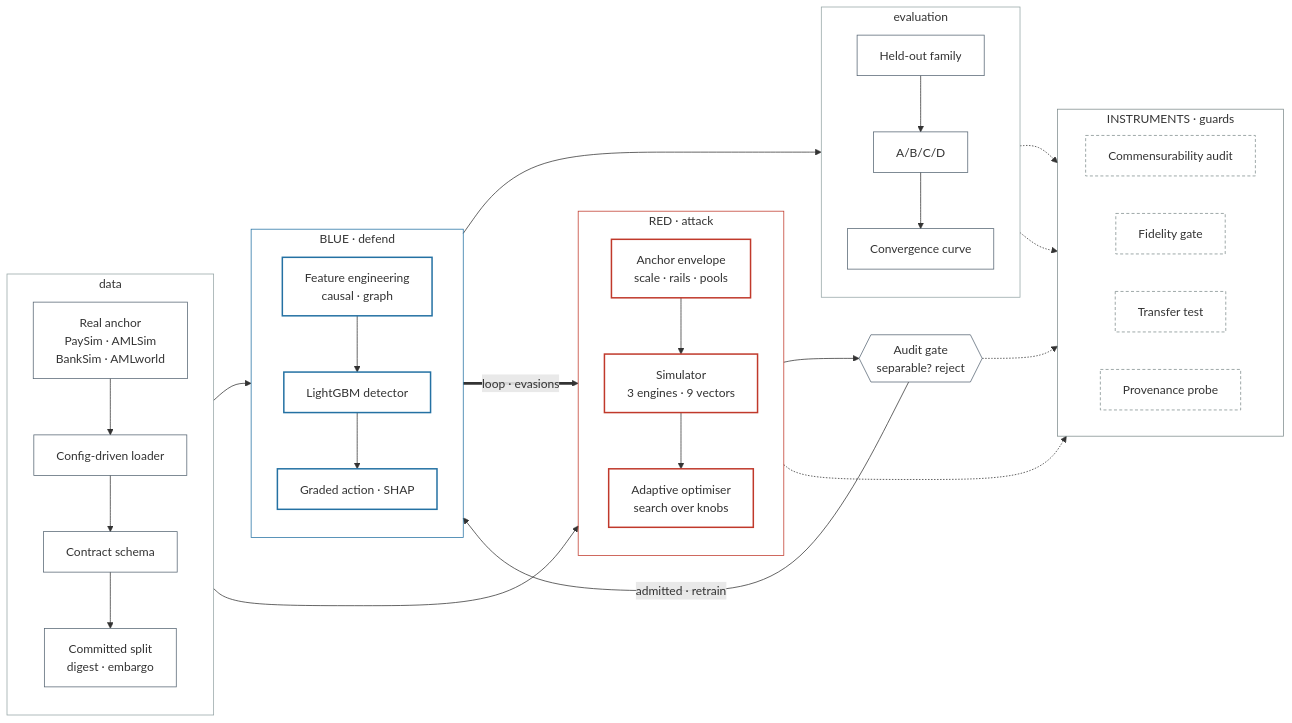
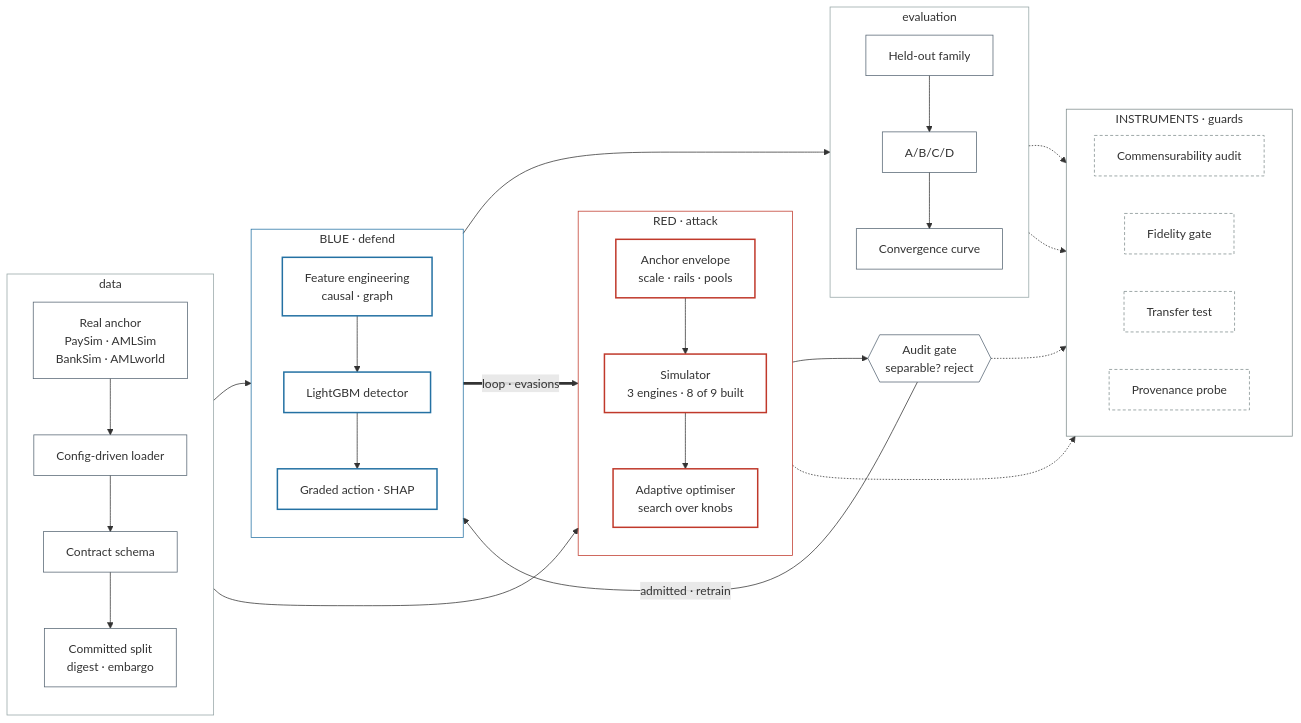
The diagram in README.md (anjaliii255/Adaptive-Fraud-Simulation), drawn with Mermaid before and after one commit. The commit also changed other lines of this file and 6 other files, not shown here.

````diff
--- a/README.md
+++ b/README.md
@@ -37,71 +37,71 @@
 ```mermaid
 flowchart LR
     subgraph DATA["data"]
         direction TB
         ANCHOR[Real anchor<br/>PaySim · AMLSim<br/>BankSim · AMLworld]
         LOADER[Config-driven loader]
         SCHEMA[Contract schema]
         SPLIT[Committed split<br/>digest · embargo]
         ANCHOR --> LOADER --> SCHEMA --> SPLIT
     end
 
     subgraph RED["RED · attack"]
         direction TB
         ENV[Anchor envelope<br/>scale · rails · pools]
-        SIM[Simulator<br/>3 engines · 9 vectors]
+        SIM[Simulator<br/>3 engines · 8 of 9 built]
         OPT[Adaptive optimiser<br/>search over knobs]
         ENV --> SIM --> OPT
     end
 
     GATE{{Audit gate<br/>separable? reject}}
 
     subgraph BLUE["BLUE · defend"]
         direction TB
         FEAT[Feature engineering<br/>causal · graph]
         DET[LightGBM detector]
         ACT[Graded action · SHAP]
         FEAT --> DET --> ACT
     end
 
     subgraph EVAL["evaluation"]
         direction TB
         LOAO[Held-out family]
         ABCD[A/B/C/D]
         CURVE[Convergence curve]
         LOAO --> ABCD --> CURVE
     end
 
     subgraph INST["INSTRUMENTS · guards"]
         direction LR
         COMM[Commensurability audit]
         FID[Fidelity gate]
         TRANS[Transfer test]
         PROV[Provenance probe]
     end
 
     SCHEMA --> ENV
     OPT --> GATE
     GATE -->|admitted · retrain| FEAT
     SPLIT --> FEAT
     DET --> LOAO
     DET ==>|loop · evasions| OPT
 
     GATE -.-> COMM
     SIM -.-> FID
     ABCD -.-> TRANS
     LOAO -.-> PROV
 
     classDef red stroke:#c0392b,stroke-width:2px,fill:none
     classDef blue stroke:#2471a3,stroke-width:2px,fill:none
     classDef inst stroke:#7f8c8d,stroke-width:1px,stroke-dasharray:4 3,fill:none
     classDef plain stroke:#566573,stroke-width:1px,fill:none
     class ENV,SIM,OPT red
     class FEAT,DET,ACT blue
     class COMM,TRANS,FID,PROV inst
     class ANCHOR,LOADER,SCHEMA,SPLIT,LOAO,ABCD,CURVE,GATE plain
     style DATA fill:none,stroke:#95a5a6
     style RED fill:none,stroke:#c0392b
     style BLUE fill:none,stroke:#2471a3
     style EVAL fill:none,stroke:#95a5a6
     style INST fill:none,stroke:#7f8c8d
 ```
````
